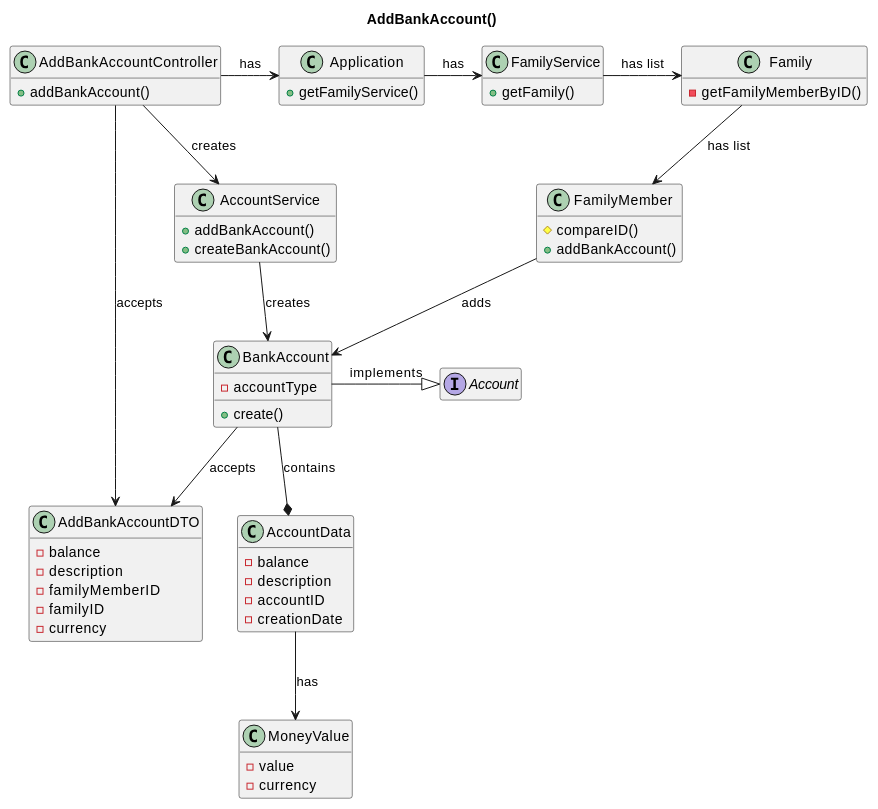
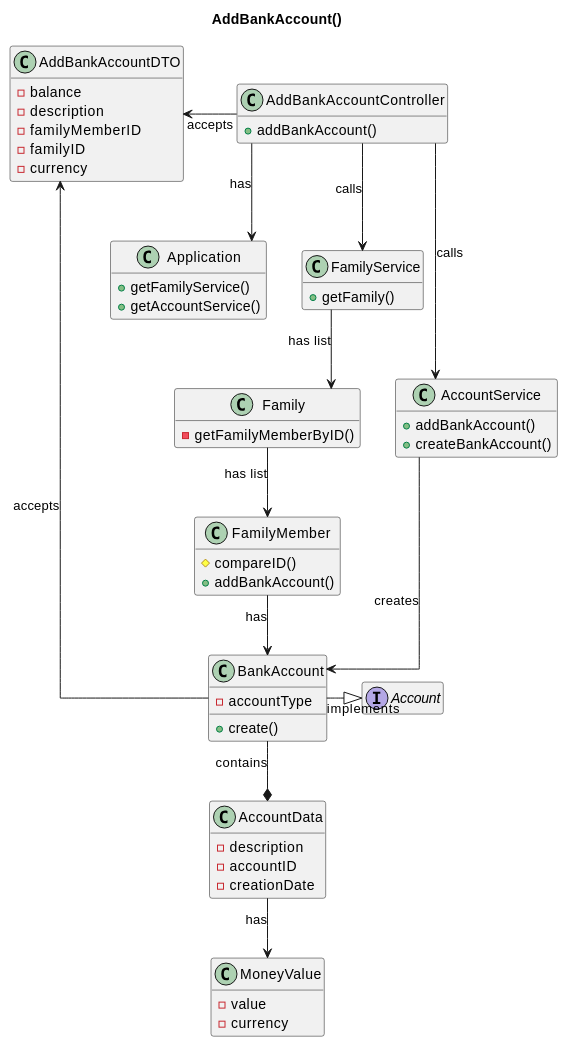
The third of 3 diagrams in docs/sprint2/user_stories/US171_AddBankAccount.md (tomas-osswald/switch_2020_g3), drawn with PlantUML before and after one commit. The commit also changed other lines of this file and 6 other files, not shown here.

````diff
--- a/docs/sprint2/user_stories/US171_AddBankAccount.md
+++ b/docs/sprint2/user_stories/US171_AddBankAccount.md
@@ -162,73 +162,74 @@
 ```puml
 @startuml
+skinparam linetype ortho
 
 title AddBankAccount()
 hide empty members
 
 class AddBankAccountDTO{
   - balance
   - description
   - familyMemberID
   - familyID
   - currency
 }
 class AddBankAccountController {
   + addBankAccount()
 }
 
 class Application {
   + getFamilyService()
+  + getAccountService()
 }
 
 class FamilyService {
   + getFamily()
 }
 
 class Family {
   - getFamilyMemberByID()  
 }
 
 class FamilyMember {
   # compareID()
   + addBankAccount()
   
 }
 
 class AccountService {
   + addBankAccount()
   + createBankAccount()
 }
 class BankAccount {
   - accountType
   + create()
 }
 
 interface Account{
 }
 class AccountData {
-  - balance
   - description
   - accountID
   - creationDate
 }
 class MoneyValue {
   - value
   - currency
 }
 
-AddBankAccountController -> Application: has
-AddBankAccountController --> AddBankAccountDTO: accepts
-Application -> FamilyService: has
-FamilyService -> Family: has list
+AddBankAccountController --> Application: has
+AddBankAccountController -left-> AddBankAccountDTO: accepts
+AddBankAccountController --> FamilyService: calls
+FamilyService --> Family: has list
 Family --> FamilyMember: has list
-AddBankAccountController --> AccountService: creates
+AddBankAccountController --> AccountService: calls
 AccountService --> BankAccount: creates
 BankAccount -|> Account: implements
 BankAccount --> AddBankAccountDTO: accepts
-FamilyMember --> BankAccount: adds
+FamilyMember --> BankAccount: has
 BankAccount --* AccountData: contains
 AccountData --> MoneyValue: has
 
 
 @enduml
 ```
````
